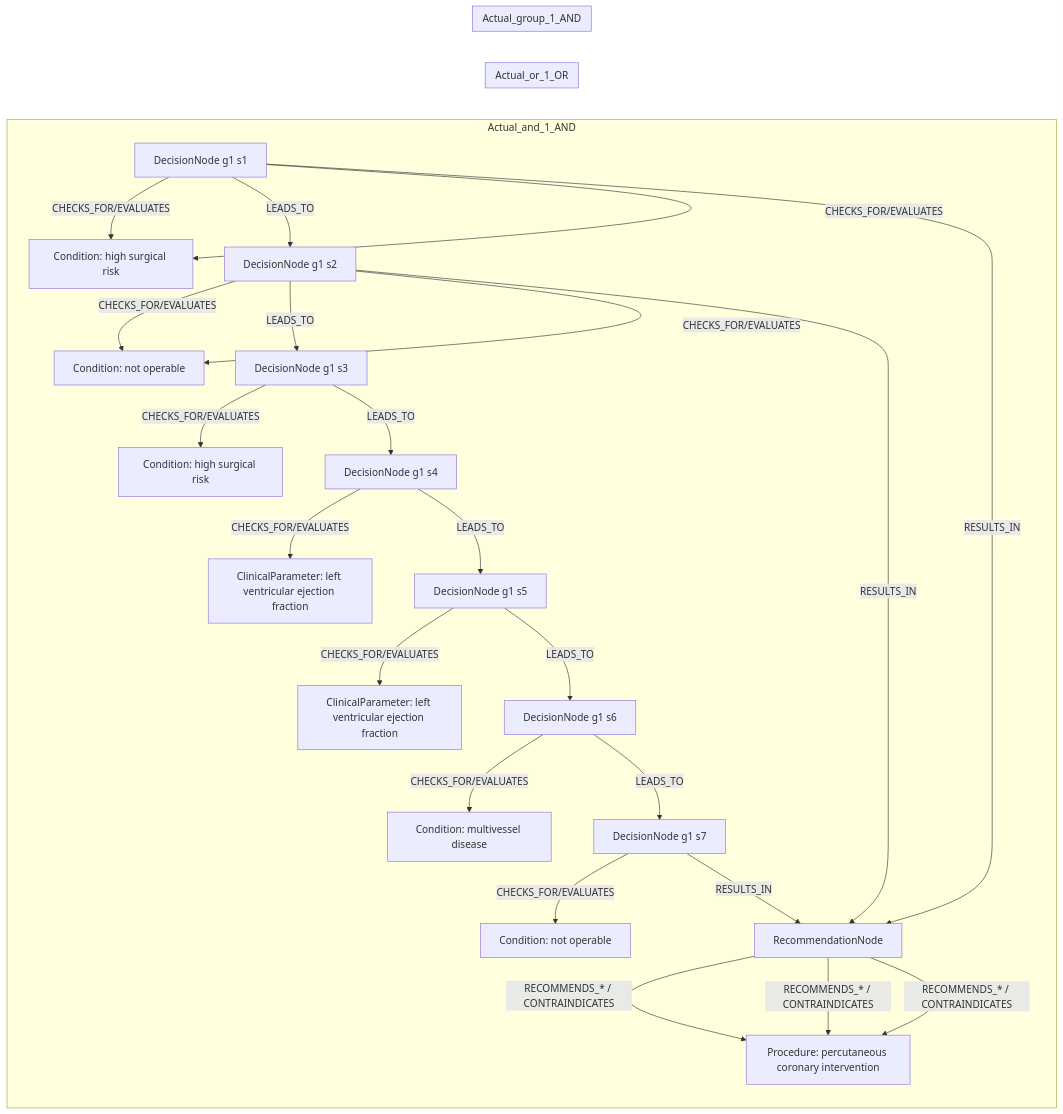
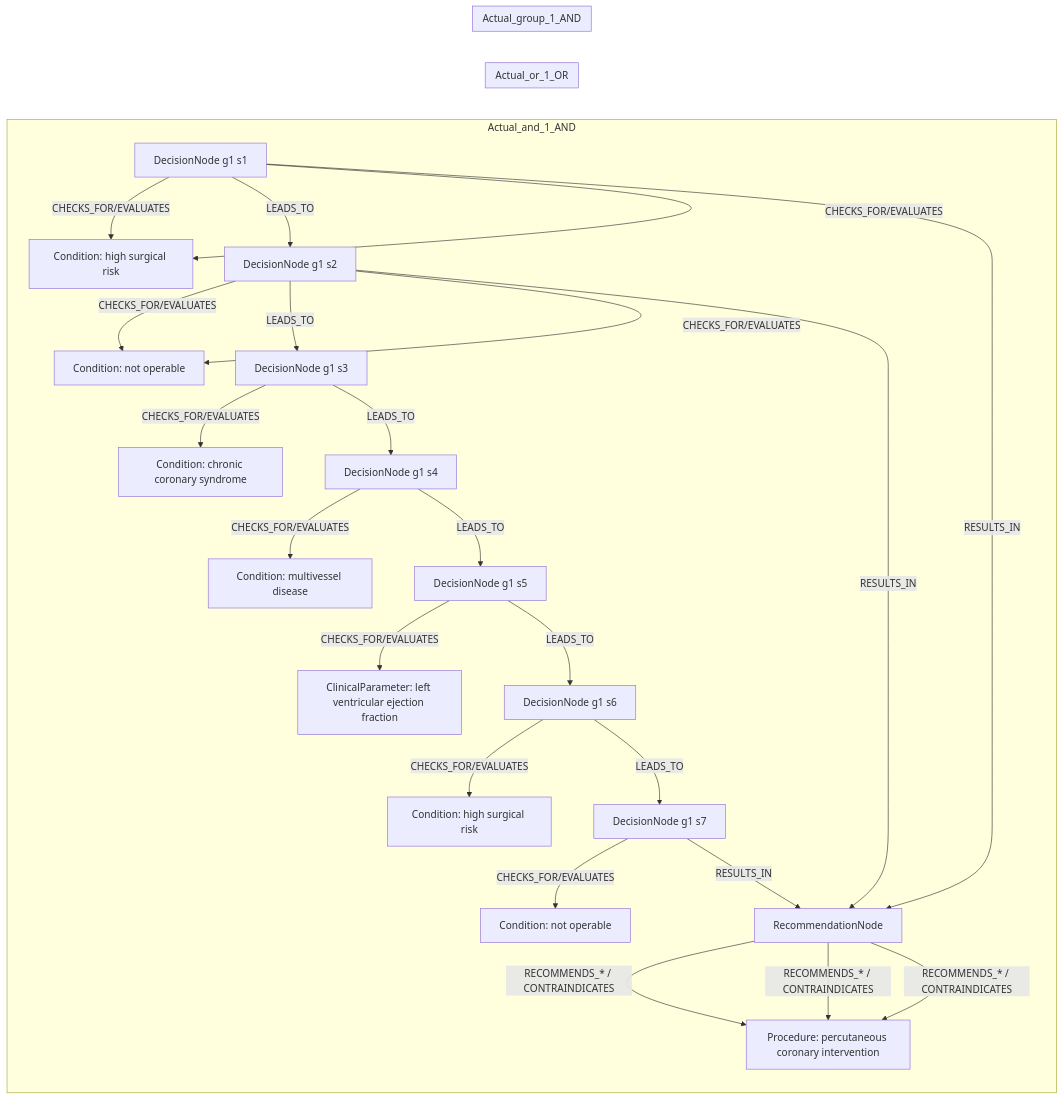
The second of 2 diagrams in docs/table22_rows/row_14.md (dieterich-lab/CardioGuidelinesGraph), drawn with Mermaid before and after one commit. The commit also changed 17 other files, not shown here.

````diff
--- a/docs/table22_rows/row_14.md
+++ b/docs/table22_rows/row_14.md
@@ -228,55 +228,55 @@
 ```mermaid
 graph LR
   subgraph Actual_and_1_AND
     REC[RecommendationNode]
     D1[DecisionNode g1 s1]
-    C1[Condition: chronic coronary syndrome]
+    C1[Condition: chronic coronary syndrome patients with functionally significant multivessel disease]
     D1 -->|CHECKS_FOR/EVALUATES| C1
     D2[DecisionNode g1 s2]
-    C2[Condition: chronic coronary syndrome patients with functionally significant multivessel disease]
+    C2[ClinicalParameter: left ventricular ejection fraction]
     D2 -->|CHECKS_FOR/EVALUATES| C2
     D3[DecisionNode g1 s3]
-    C3[Condition: high surgical risk]
+    C3[Condition: chronic coronary syndrome]
     D3 -->|CHECKS_FOR/EVALUATES| C3
     D4[DecisionNode g1 s4]
-    C4[ClinicalParameter: left ventricular ejection fraction]
+    C4[Condition: multivessel disease]
     D4 -->|CHECKS_FOR/EVALUATES| C4
     D5[DecisionNode g1 s5]
     C5[ClinicalParameter: left ventricular ejection fraction]
     D5 -->|CHECKS_FOR/EVALUATES| C5
     D6[DecisionNode g1 s6]
-    C6[Condition: multivessel disease]
+    C6[Condition: high surgical risk]
     D6 -->|CHECKS_FOR/EVALUATES| C6
     D7[DecisionNode g1 s7]
     C7[Condition: not operable]
     D7 -->|CHECKS_FOR/EVALUATES| C7
     D1 -->|LEADS_TO| D2
     D2 -->|LEADS_TO| D3
     D3 -->|LEADS_TO| D4
     D4 -->|LEADS_TO| D5
     D5 -->|LEADS_TO| D6
     D6 -->|LEADS_TO| D7
     D7 -->|RESULTS_IN| REC
     ACT1[Procedure: percutaneous coronary intervention]
     REC -->|RECOMMENDS_* / CONTRAINDICATES| ACT1
   end
   subgraph Actual_or_1_OR
     REC[RecommendationNode]
     D1[DecisionNode g1 s1]
     C1[Condition: high surgical risk]
     D1 -->|CHECKS_FOR/EVALUATES| C1
     D2[DecisionNode g1 s2]
     C2[Condition: not operable]
     D2 -->|CHECKS_FOR/EVALUATES| C2
     D1 -->|RESULTS_IN| REC
     D2 -->|RESULTS_IN| REC
     ACT1[Procedure: percutaneous coronary intervention]
     REC -->|RECOMMENDS_* / CONTRAINDICATES| ACT1
   end
   subgraph Actual_group_1_AND
     REC[RecommendationNode]
     REC
     ACT1[Procedure: percutaneous coronary intervention]
     REC -->|RECOMMENDS_* / CONTRAINDICATES| ACT1
   end
 ```
````
